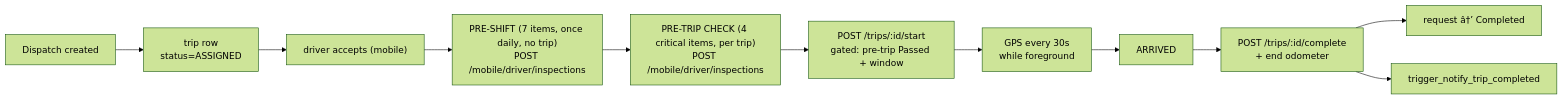
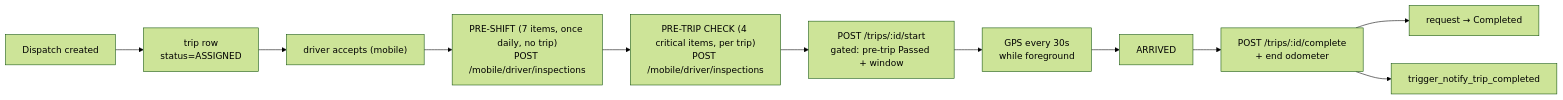
The diagram in Capstone/02 - Features/Trips.md (ro-mee/fleet-transpo), drawn with Mermaid (forest theme) before and after one commit. The commit also changed other lines of this file and 29 other files, not shown here.

````diff
--- a/Capstone/02 - Features/Trips.md
+++ b/Capstone/02 - Features/Trips.md
@@ -161,13 +161,13 @@
 ```mermaid
 flowchart LR
     D[Dispatch created] --> T["trip row<br/>status=ASSIGNED"]
     T --> A["driver accepts (mobile)"]
     A --> PS["PRE-SHIFT (7 items, once daily, no trip)<br/>POST /mobile/driver/inspections"]
     PS --> P["PRE-TRIP CHECK (4 critical items, per trip)<br/>POST /mobile/driver/inspections"]
     P --> S["POST /trips/:id/start<br/>gated: pre-trip Passed + window"]
     S --> G["GPS every 30s<br/>while foreground"]
     G --> AR[ARRIVED]
     AR --> C["POST /trips/:id/complete<br/>+ end odometer"]
-    C --> R["request â†’ Completed"]
+    C --> R["request → Completed"]
     C --> N["trigger_notify_trip_completed"]
 ```
````
